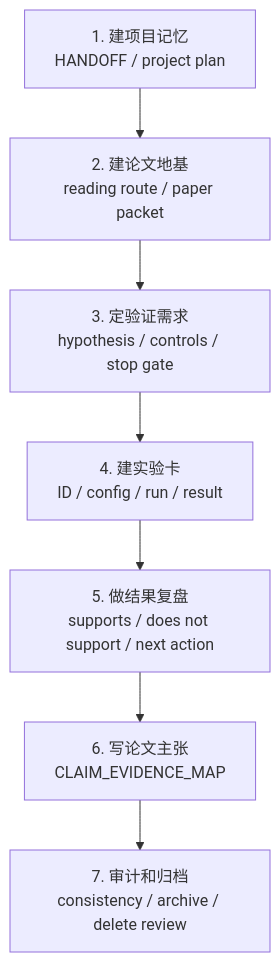
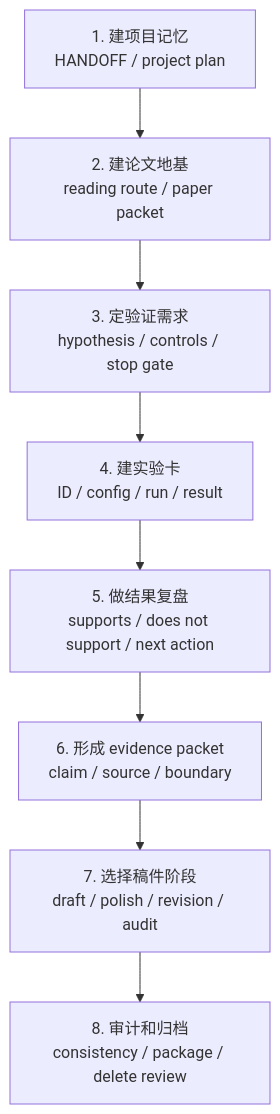
The diagram in docs/tutorials/README.md (godzhiwzz-create/sci-research-codex-skills), drawn with Mermaid before and after one commit. The commit also changed other lines of this file and 52 other files, not shown here.

````diff
--- a/docs/tutorials/README.md
+++ b/docs/tutorials/README.md
@@ -24,9 +27,10 @@
 ```mermaid
 flowchart TD
   A["1. 建项目记忆<br/>HANDOFF / project plan"] --> B["2. 建论文地基<br/>reading route / paper packet"]
   B --> C["3. 定验证需求<br/>hypothesis / controls / stop gate"]
   C --> D["4. 建实验卡<br/>ID / config / run / result"]
   D --> E["5. 做结果复盘<br/>supports / does not support / next action"]
-  E --> F["6. 写论文主张<br/>CLAIM_EVIDENCE_MAP"]
-  F --> G["7. 审计和归档<br/>consistency / archive / delete review"]
+  E --> F["6. 形成 evidence packet<br/>claim / source / boundary"]
+  F --> G["7. 选择稿件阶段<br/>draft / polish / revision / audit"]
+  G --> H["8. 审计和归档<br/>consistency / package / delete review"]
 ```
````
